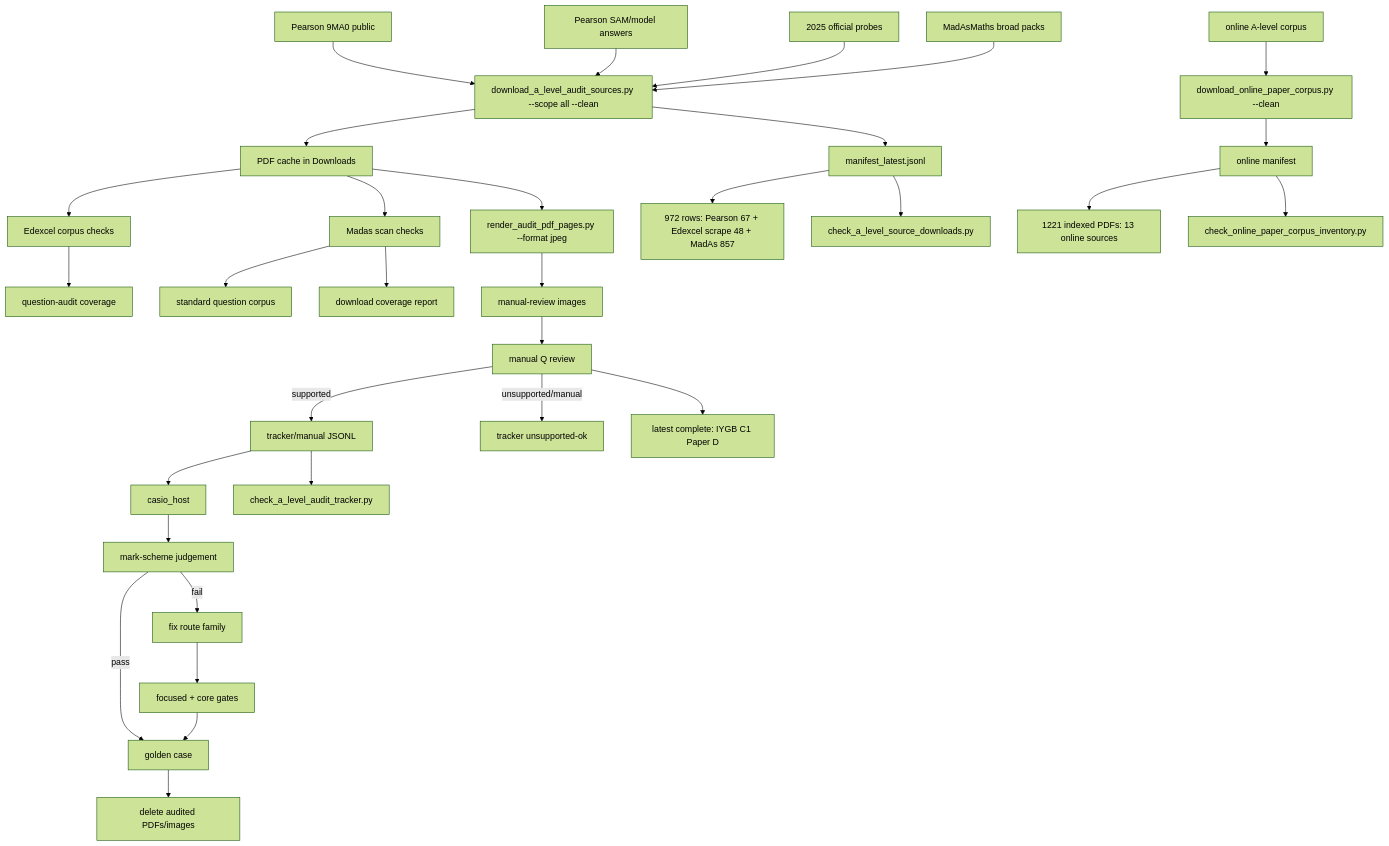
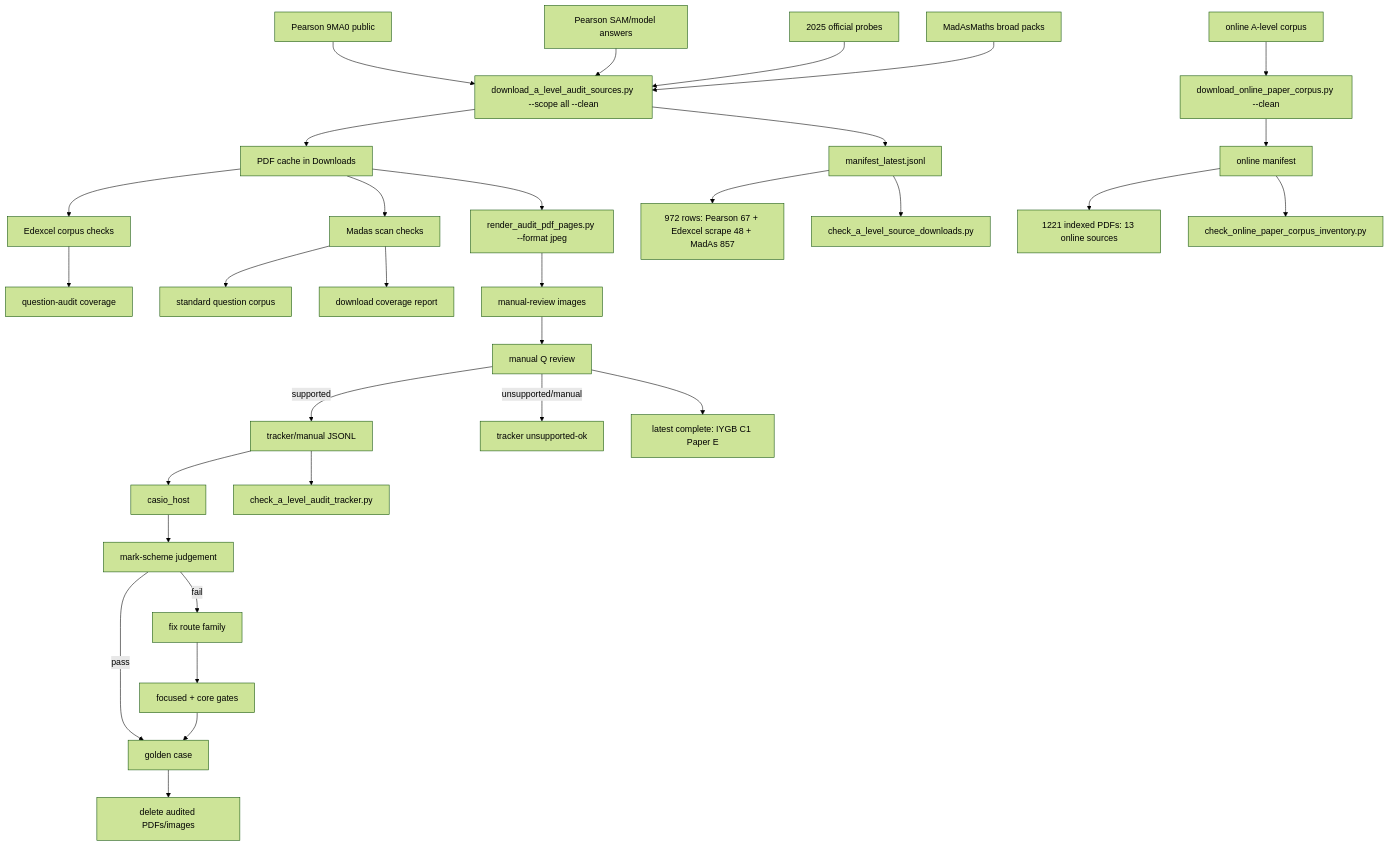
Before and after one commit to james8464/notes-addin-casio-fx-cg50: the diagram in c++/tools/golden/a_level_audit_graph.md, drawn with Mermaid (forest theme). The commit also changed other lines of this file and 2 other files, not shown here.

Commit message:
Audit IYGB C1 Paper E

````diff
--- a/c++/tools/golden/a_level_audit_graph.md
+++ b/c++/tools/golden/a_level_audit_graph.md
@@ -3,34 +3,34 @@
 ```mermaid
 graph TD
   E1["Pearson 9MA0 public"] --> D["download_a_level_audit_sources.py --scope all --clean"]
   E2["Pearson SAM/model answers"] --> D
   E3["2025 official probes"] --> D
   M1["MadAsMaths broad packs"] --> D
   O1["online A-level corpus"] --> OD["download_online_paper_corpus.py --clean"]
   D --> P["PDF cache in Downloads"]
   D --> X["manifest_latest.jsonl"]
   OD --> OX["online manifest"]
   X --> XC["972 rows: Pearson 67 + Edexcel scrape 48 + MadAs 857"]
   OX --> OC["1221 indexed PDFs: 13 online sources"]
   X --> V["check_a_level_source_downloads.py"]
   OX --> OV["check_online_paper_corpus_inventory.py"]
   P --> E["Edexcel corpus checks"]
   E --> EQ["question-audit coverage"]
   P --> S["Madas scan checks"]
   S --> M["standard question corpus"]
   S --> MC["download coverage report"]
   P --> R["render_audit_pdf_pages.py --format jpeg"]
   R --> I["manual-review images"]
   I --> Q["manual Q review"]
   Q -->|supported| J["tracker/manual JSONL"]
   Q -->|unsupported/manual| U["tracker unsupported-ok"]
   J --> H["casio_host"]
   J --> K["check_a_level_audit_tracker.py"]
   H --> C["mark-scheme judgement"]
   C -->|pass| G["golden case"]
   C -->|fail| F["fix route family"]
   F --> T["focused + core gates"]
   T --> G
   G --> Z["delete audited PDFs/images"]
-  Q --> Qt["latest complete: IYGB C1 Paper D"]
+  Q --> Qt["latest complete: IYGB C1 Paper E"]
 ```
````
